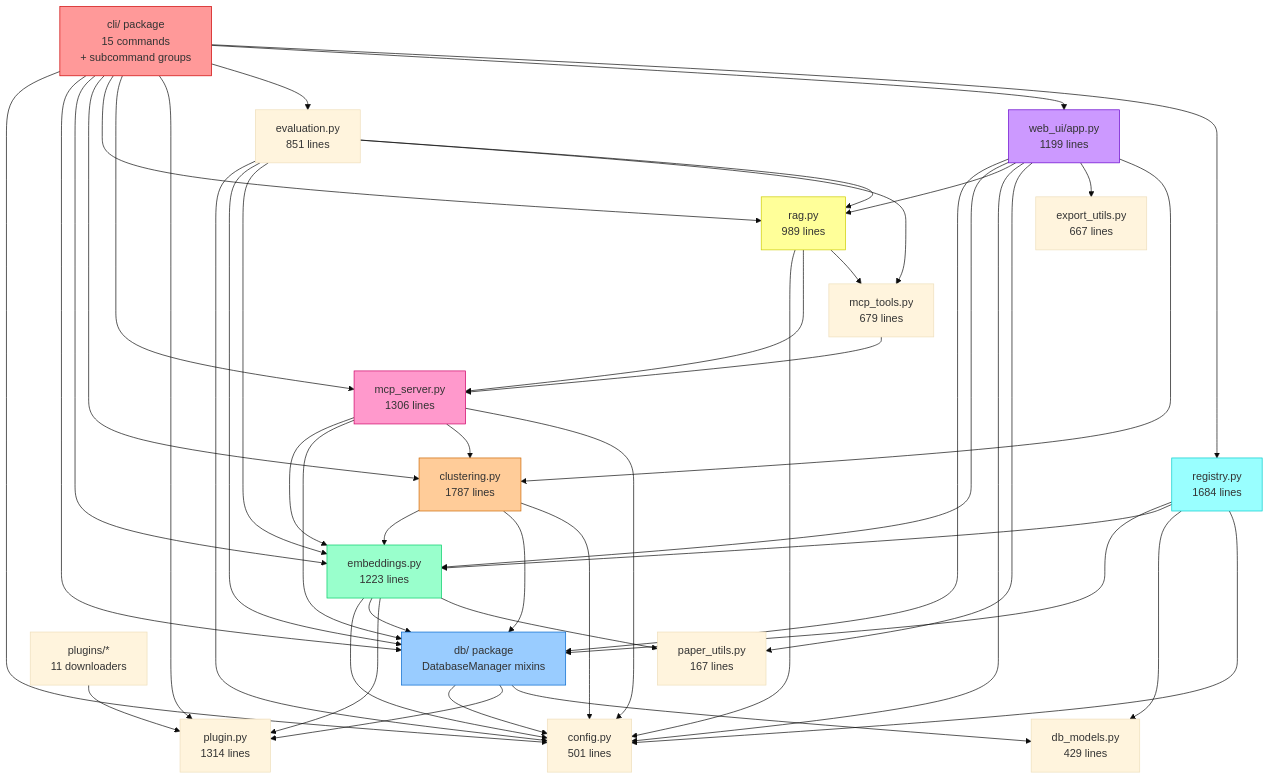
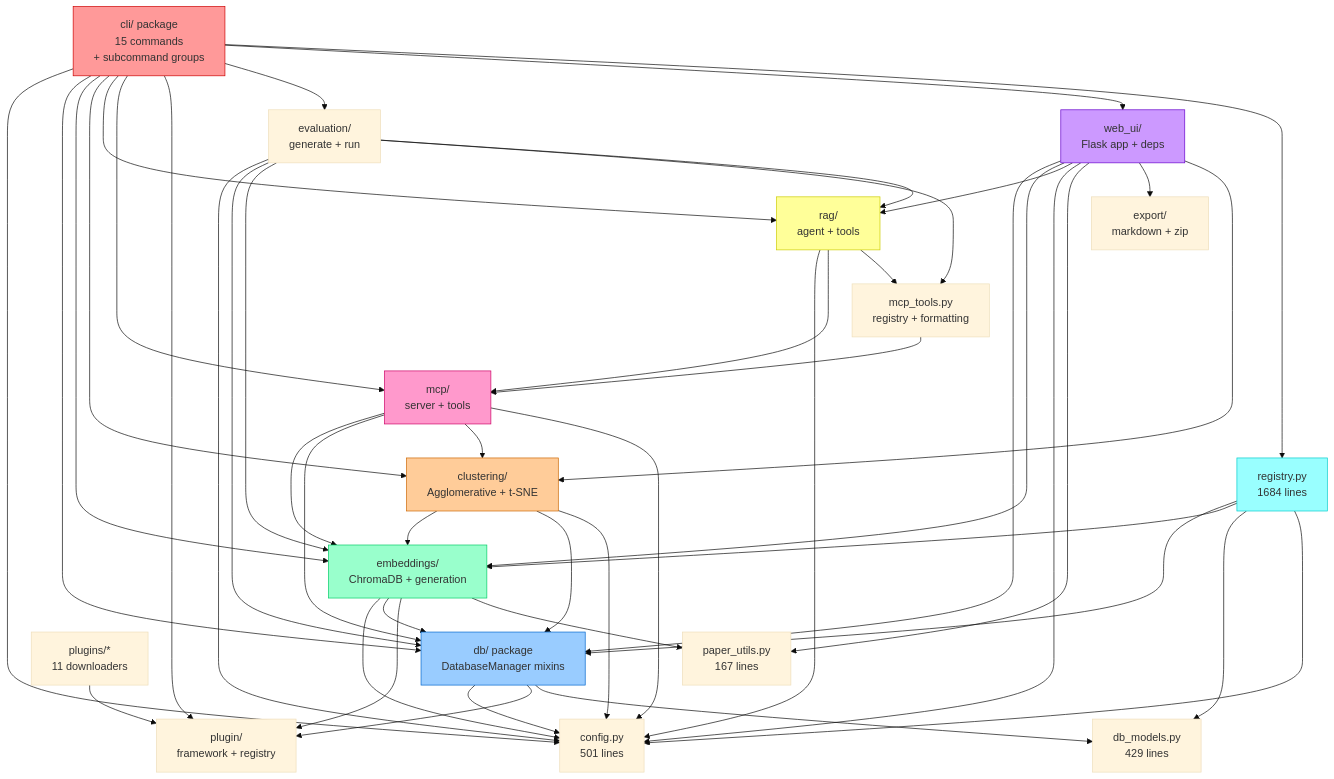
Before and after one commit to thawn/abstracts-explorer: the first of 9 diagrams in docs/architecture.md, drawn with Mermaid (base theme). The commit also changed other lines of this file and 4 other files, not shown here.

```diff
--- a/docs/architecture.md
+++ b/docs/architecture.md
@@ -39,18 +42,18 @@
     CFG[config.py<br/>501 lines]
     DB[db/ package<br/>DatabaseManager mixins]
     DBM[db_models.py<br/>429 lines]
-    EMB[embeddings.py<br/>1223 lines]
-    CLU[clustering.py<br/>1787 lines]
-    RAG[rag.py<br/>989 lines]
-    MCP[mcp_server.py<br/>1306 lines]
-    MCT[mcp_tools.py<br/>679 lines]
-    WEB[web_ui/app.py<br/>1199 lines]
-    PLG[plugin.py<br/>1314 lines]
+    EMB[embeddings/<br/>ChromaDB + generation]
+    CLU[clustering/<br/>Agglomerative + t-SNE]
+    RAG[rag/<br/>agent + tools]
+    MCP[mcp/<br/>server + tools]
+    MCT[mcp_tools.py<br/>registry + formatting]
+    WEB[web_ui/<br/>Flask app + deps]
+    PLG[plugin/<br/>framework + registry]
     PLI[plugins/*<br/>11 downloaders]
-    EXP[export_utils.py<br/>667 lines]
+    EXP[export/<br/>markdown + zip]
     PAP[paper_utils.py<br/>167 lines]
     REG[registry.py<br/>1684 lines]
-    EVL[evaluation.py<br/>851 lines]
+    EVL[evaluation/<br/>generate + run]
 
     CLI --> CFG
     CLI --> DB
```
